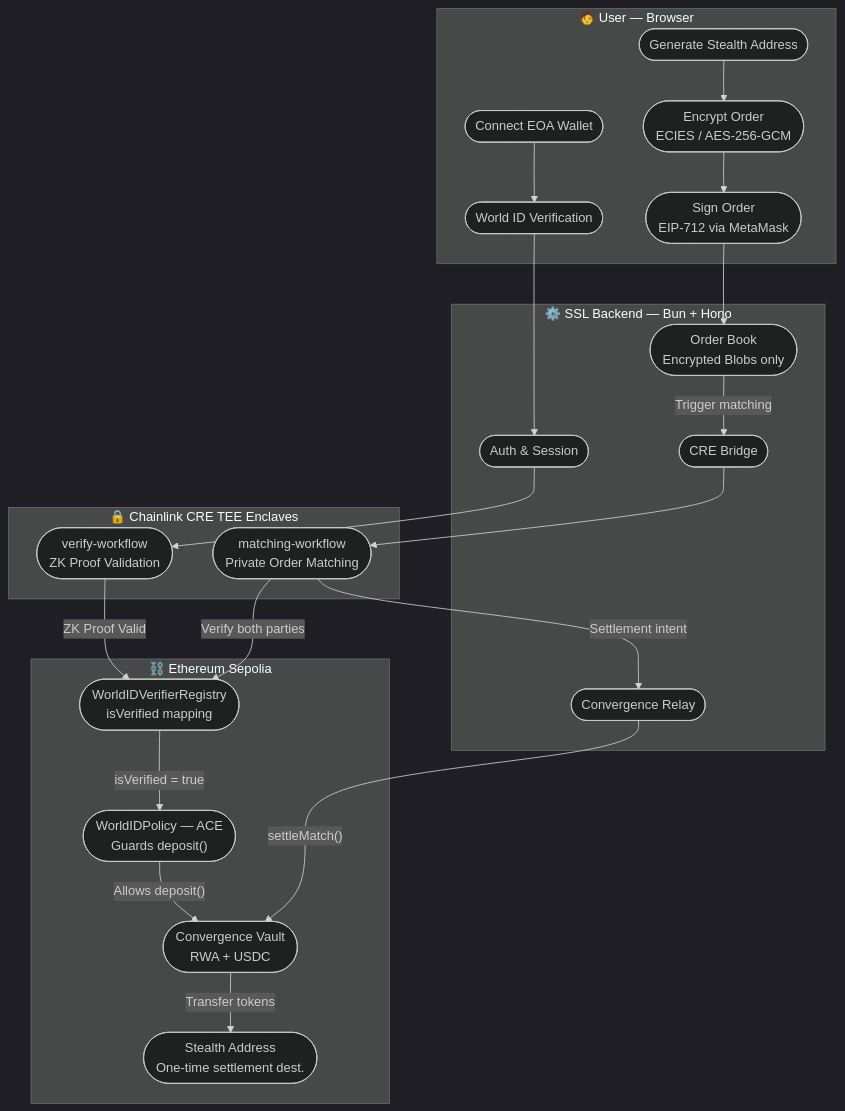
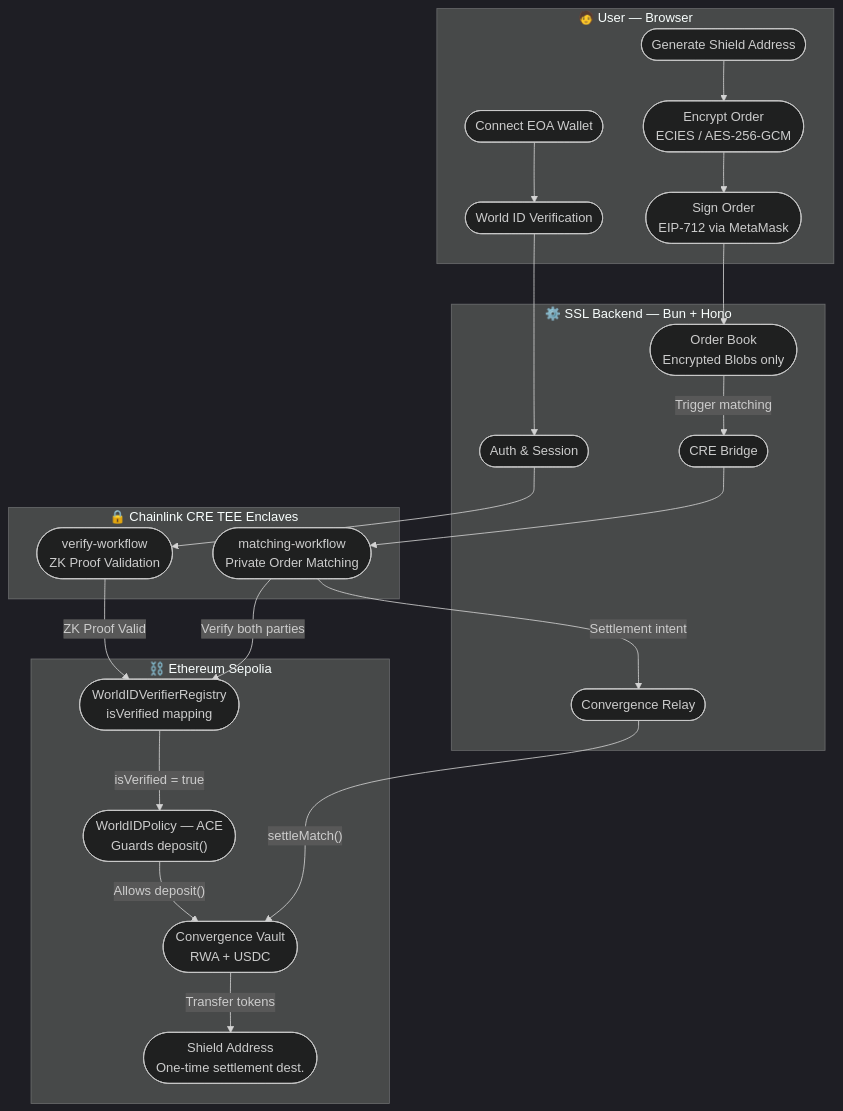
One commit to furqaannabi/ssl changed the first of 5 diagrams in README.md. Above: the diagram before and after it, drawn with Mermaid (dark theme). The commit also changed other lines of this file and 6 other files, not shown here.

````diff
--- a/README.md
+++ b/README.md
@@ -24,43 +24,43 @@
 ```mermaid
 flowchart TD
     subgraph USER["🧑 User — Browser"]
         A(["Connect EOA Wallet"])
         B(["World ID Verification"])
-        C(["Generate Stealth Address"])
+        C(["Generate Shield Address"])
         D(["Encrypt Order\n ECIES / AES-256-GCM"])
         E(["Sign Order\n EIP-712 via MetaMask"])
     end
 
     subgraph BACKEND["⚙️ SSL Backend — Bun + Hono"]
         F(["Auth & Session"])
         G(["Order Book\n Encrypted Blobs only"])
         H(["CRE Bridge"])
         I(["Convergence Relay"])
     end
 
     subgraph CRE["🔒 Chainlink CRE TEE Enclaves"]
         J(["verify-workflow\n ZK Proof Validation"])
         K(["matching-workflow\n Private Order Matching"])
     end
 
     subgraph CHAIN["⛓️ Ethereum Sepolia"]
         L(["WorldIDVerifierRegistry\n isVerified mapping"])
         M(["WorldIDPolicy — ACE\n Guards deposit()"])
         N(["Convergence Vault\n RWA + USDC"])
-        O(["Stealth Address\n One-time settlement dest."])
+        O(["Shield Address\n One-time settlement dest."])
     end
 
     A --> B --> F
     F --> J
     J -->|"ZK Proof Valid"| L
     L -->|"isVerified = true"| M
     M -->|"Allows deposit()"| N
 
     C --> D --> E --> G
     G -->|"Trigger matching"| H
     H --> K
     K -->|"Verify both parties"| L
     K -->|"Settlement intent"| I
     I -->|"settleMatch()"| N
     N -->|"Transfer tokens"| O
 ```
````
